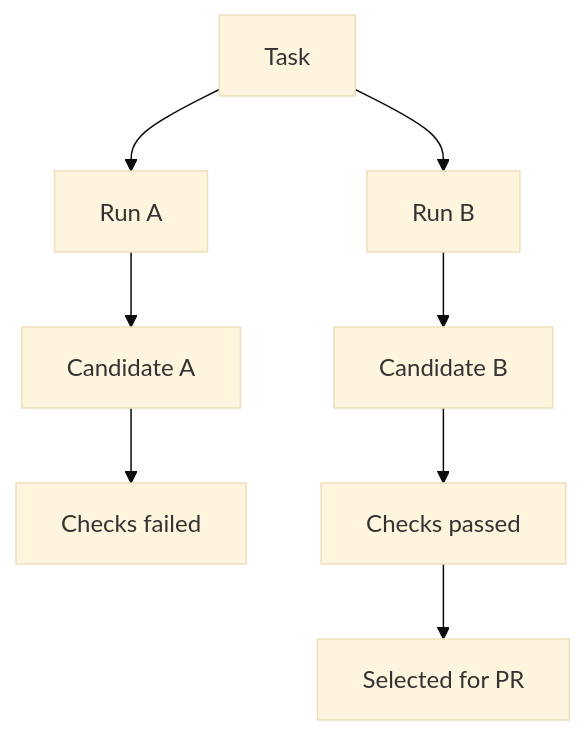
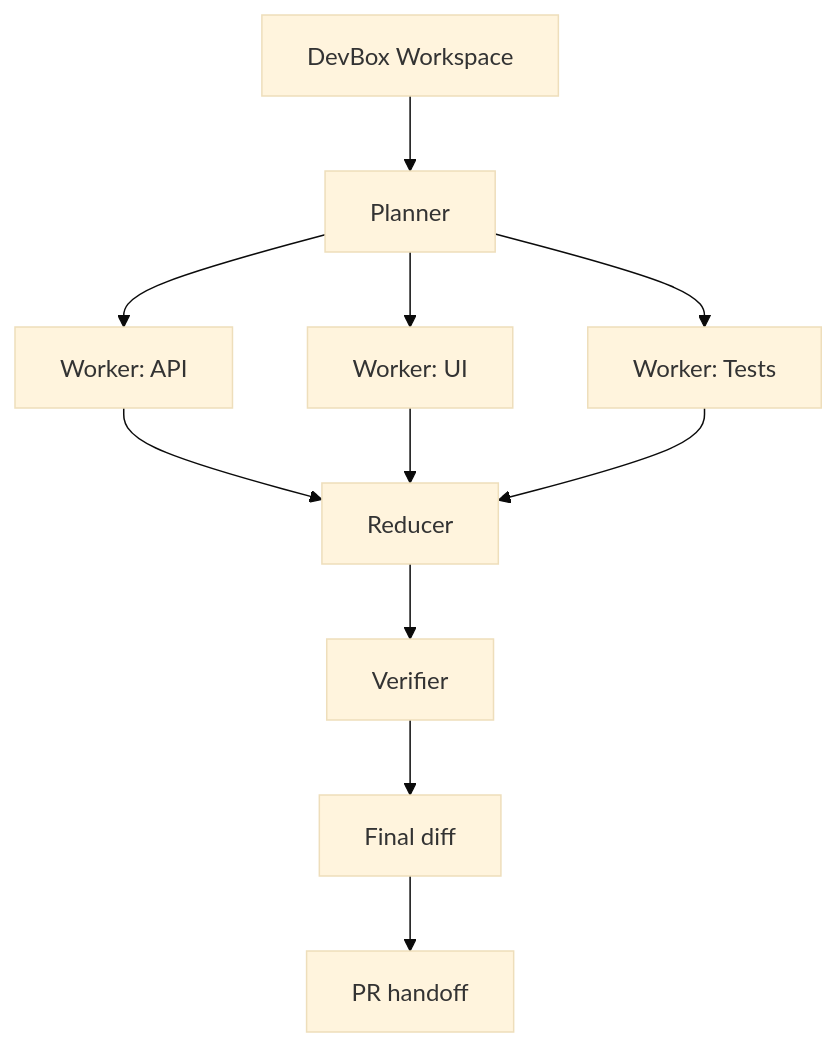
The diagram in content/docs/core-concepts/review-graph.mdx (seasnoke/docs), drawn with Mermaid (base theme) before and after one commit. The commit also changed other lines of this file and 11 other files, not shown here.

````diff
--- a/content/docs/core-concepts/review-graph.mdx
+++ b/content/docs/core-concepts/review-graph.mdx
@@ -13,10 +13,13 @@
 ```mermaid
 flowchart TD
-  A[Task] --> B[Run A]
-  A --> C[Run B]
-  B --> D[Candidate A]
-  C --> E[Candidate B]
-  D --> F[Checks failed]
-  E --> G[Checks passed]
-  G --> H[Selected for PR]
+  A[DevBox Workspace] --> B[Planner]
+  B --> C[Worker: API]
+  B --> D[Worker: UI]
+  B --> E[Worker: Tests]
+  C --> F[Reducer]
+  D --> F
+  E --> F
+  F --> G[Verifier]
+  G --> H[Final diff]
+  H --> I[PR handoff]
 ```
````
